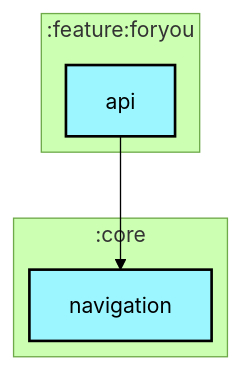
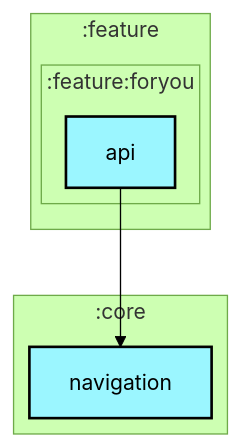
Before and after one commit to android/nowinandroid: the first of 2 diagrams in feature/foryou/api/README.md, drawn with Mermaid (forest theme). The commit also changed 12 other files, not shown here.

Commit message:
Fix module graph generation.

````diff
--- a/feature/foryou/api/README.md
+++ b/feature/foryou/api/README.md
@@ -6,26 +6,29 @@
 ```mermaid
 ---
 config:
   layout: elk
   elk:
     nodePlacementStrategy: SIMPLE
 ---
 graph TB
-  subgraph :feature:foryou
+  subgraph :feature
     direction TB
-    :feature:foryou:api[api]:::android-library
+    subgraph :feature:foryou
+      direction TB
+      :feature:foryou:api[api]:::android-library
+    end
   end
   subgraph :core
     direction TB
     :core:navigation[navigation]:::android-library
   end
 
   :feature:foryou:api --> :core:navigation
 
 classDef android-application fill:#CAFFBF,stroke:#000,stroke-width:2px,color:#000;
 classDef android-feature fill:#FFD6A5,stroke:#000,stroke-width:2px,color:#000;
 classDef android-library fill:#9BF6FF,stroke:#000,stroke-width:2px,color:#000;
 classDef android-test fill:#A0C4FF,stroke:#000,stroke-width:2px,color:#000;
 classDef jvm-library fill:#BDB2FF,stroke:#000,stroke-width:2px,color:#000;
 classDef unknown fill:#FFADAD,stroke:#000,stroke-width:2px,color:#000;
 ```
````
